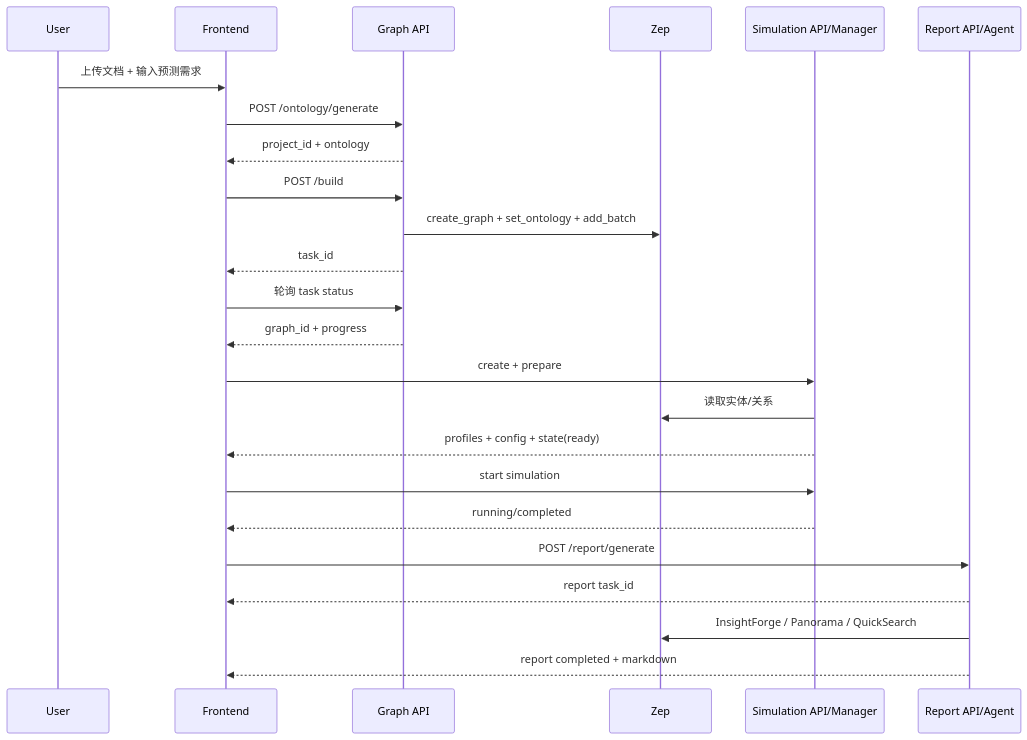
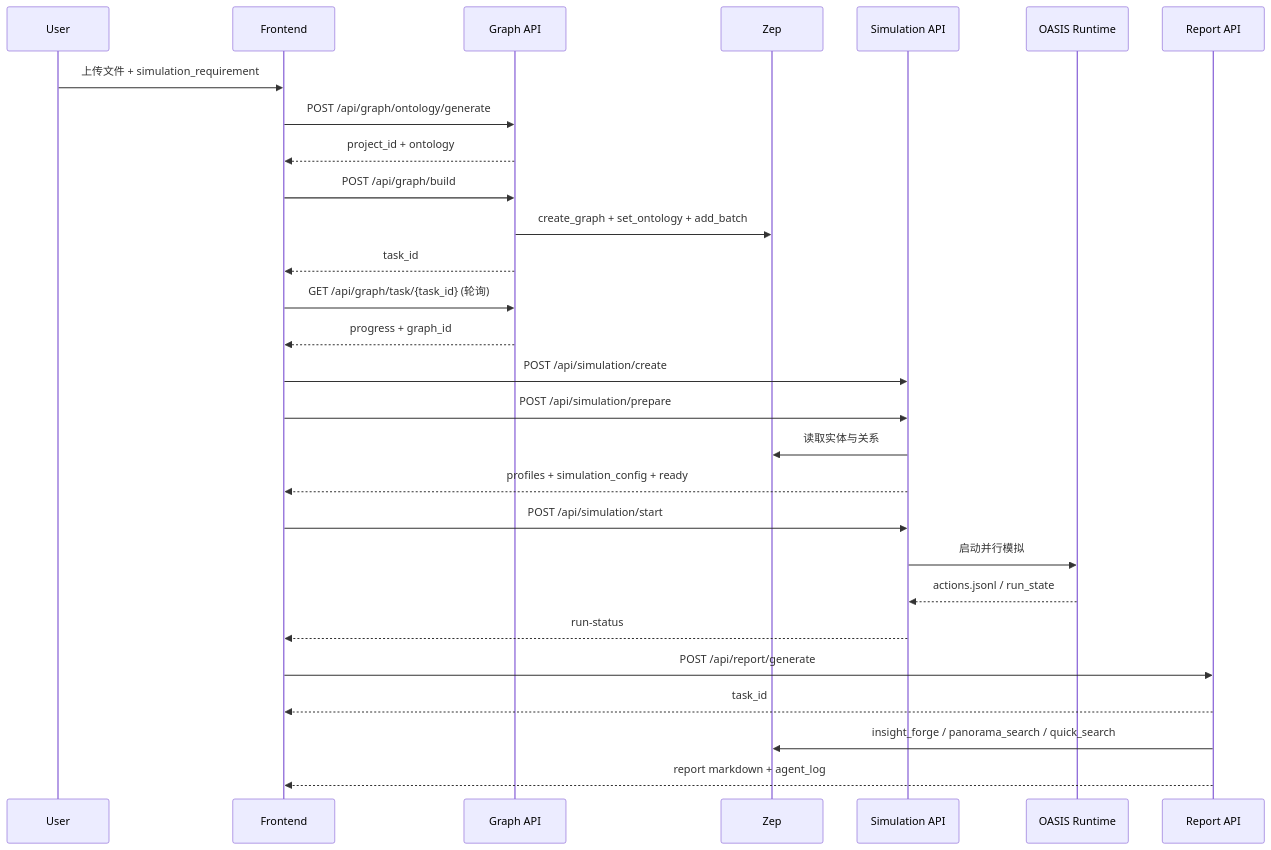
One commit to goldzzmj/AI_learning_materials changed the second of 2 diagrams in 课程十_MiroFish/MiroFish技术深度解析.md. Above: the diagram before and after it, drawn with Mermaid. The commit also changed other lines of this file, not shown here.

Commit message:
docs: enhance 课程十 MiroFish with architecture and code deep dive

````diff
--- a/课程十_MiroFish/MiroFish技术深度解析.md
+++ b/课程十_MiroFish/MiroFish技术深度解析.md
@@ -300,30 +84,35 @@
 ```mermaid
 sequenceDiagram
-    participant User as User
+    participant U as User
     participant FE as Frontend
-    participant GAPI as Graph API
+    participant G as Graph API
     participant Z as Zep
-    participant SIM as Simulation API/Manager
-    participant REP as Report API/Agent
+    participant S as Simulation API
+    participant O as OASIS Runtime
+    participant R as Report API
 
-    User->>FE: 上传文档 + 输入预测需求
-    FE->>GAPI: POST /ontology/generate
-    GAPI-->>FE: project_id + ontology
+    U->>FE: 上传文件 + simulation_requirement
+    FE->>G: POST /api/graph/ontology/generate
+    G-->>FE: project_id + ontology
 
-    FE->>GAPI: POST /build
-    GAPI->>Z: create_graph + set_ontology + add_batch
-    GAPI-->>FE: task_id
-    FE->>GAPI: 轮询 task status
-    GAPI-->>FE: graph_id + progress
+    FE->>G: POST /api/graph/build
+    G->>Z: create_graph + set_ontology + add_batch
+    G-->>FE: task_id
+    FE->>G: GET /api/graph/task/{task_id} (轮询)
+    G-->>FE: progress + graph_id
 
-    FE->>SIM: create + prepare
-    SIM->>Z: 读取实体/关系
-    SIM-->>FE: profiles + config + state(ready)
-    FE->>SIM: start simulation
-    SIM-->>FE: running/completed
+    FE->>S: POST /api/simulation/create
+    FE->>S: POST /api/simulation/prepare
+    S->>Z: 读取实体与关系
+    S-->>FE: profiles + simulation_config + ready
 
-    FE->>REP: POST /report/generate
-    REP-->>FE: report task_id
-    REP->>Z: InsightForge / Panorama / QuickSearch
-    REP-->>FE: report completed + markdown
+    FE->>S: POST /api/simulation/start
+    S->>O: 启动并行模拟
+    O-->>S: actions.jsonl / run_state
+    S-->>FE: run-status
+
+    FE->>R: POST /api/report/generate
+    R-->>FE: task_id
+    R->>Z: insight_forge / panorama_search / quick_search
+    R-->>FE: report markdown + agent_log
 ```
````
